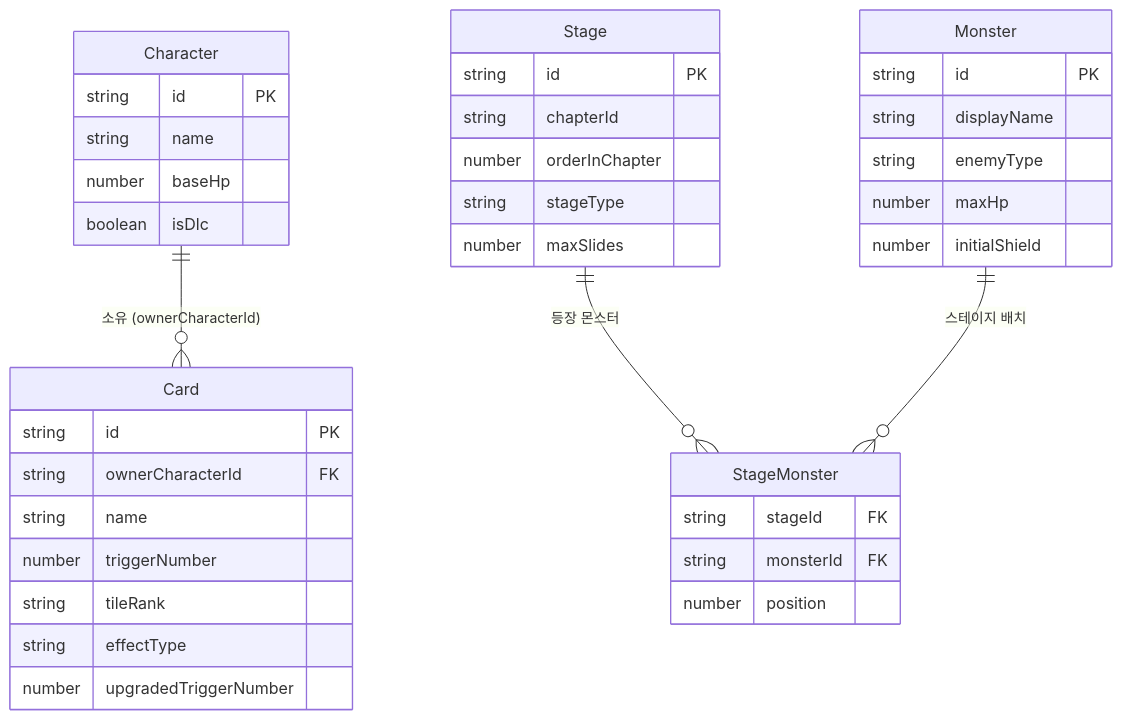
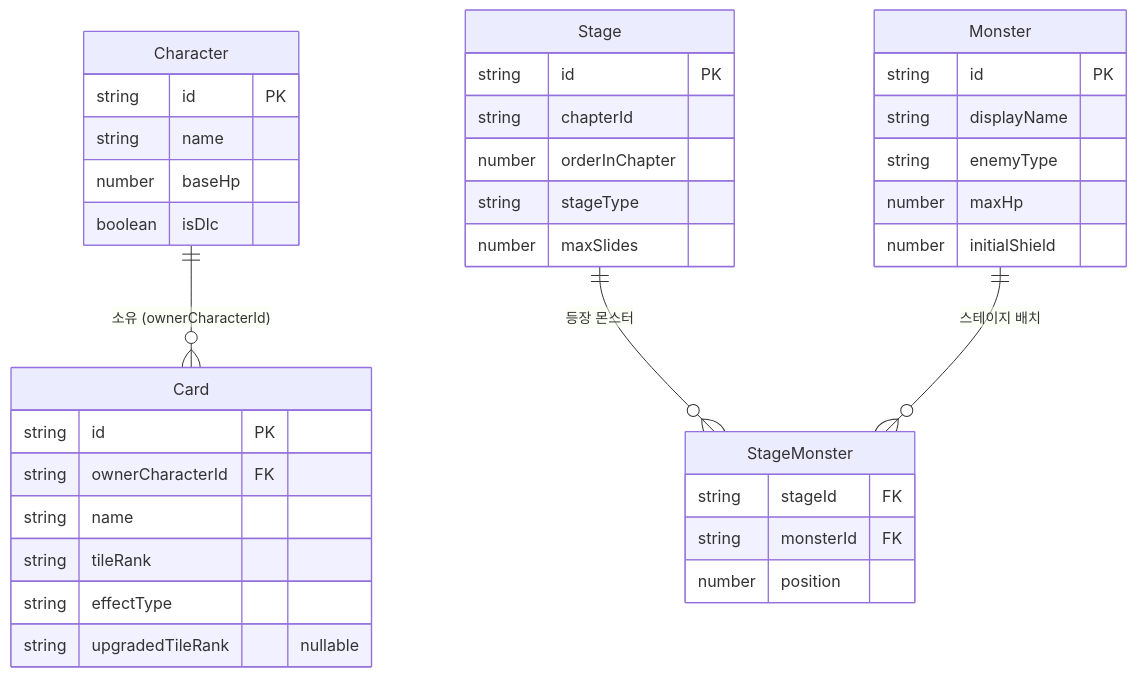
The first of 4 diagrams in docs/schema.md (suan2zto2/cazena2), drawn with Mermaid before and after one commit. The commit also changed other lines of this file and 34 other files, not shown here.

````diff
--- a/docs/schema.md
+++ b/docs/schema.md
@@ -35,41 +35,40 @@
 ```mermaid
 erDiagram
     Character {
         string id PK
         string name
         number baseHp
         boolean isDlc
     }
     Card {
         string id PK
         string ownerCharacterId FK
         string name
-        number triggerNumber
         string tileRank
         string effectType
-        number upgradedTriggerNumber
+        string upgradedTileRank "nullable"
     }
     Stage {
         string id PK
         string chapterId
         number orderInChapter
         string stageType
         number maxSlides
     }
     Monster {
         string id PK
         string displayName
         string enemyType
         number maxHp
         number initialShield
     }
     StageMonster {
         string stageId FK
         string monsterId FK
         number position
     }
 
     Character ||--o{ Card : "소유 (ownerCharacterId)"
     Stage ||--o{ StageMonster : "등장 몬스터"
     Monster ||--o{ StageMonster : "스테이지 배치"
 ```
````
